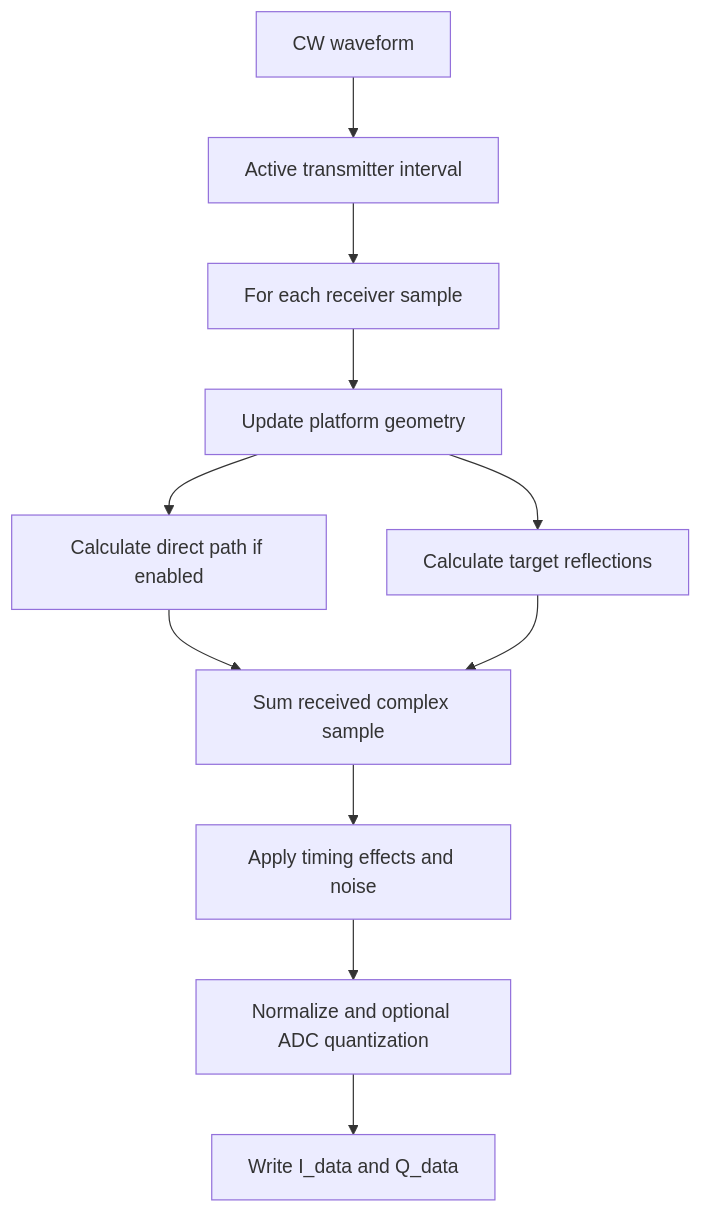
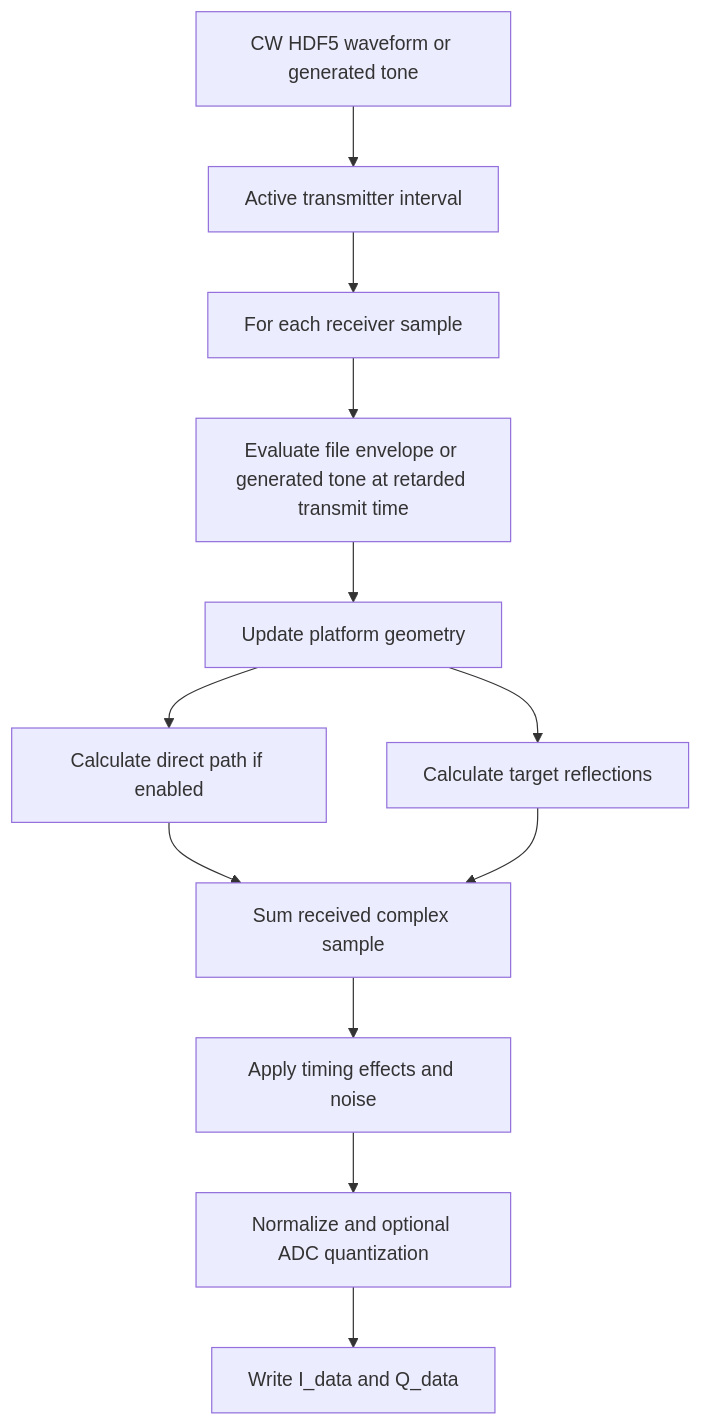
The seventh of 10 diagrams in docs/wiki/Simulation-Pipelines.md (davidbits/FERS), drawn with Mermaid before and after one commit. The commit also changed other lines of this file and 64 other files, not shown here.

````diff
--- a/docs/wiki/Simulation-Pipelines.md
+++ b/docs/wiki/Simulation-Pipelines.md
@@ -157,13 +159,14 @@
 ```mermaid
 flowchart TD
-    A[CW waveform] --> B[Active transmitter interval]
+    A[CW HDF5 waveform or generated tone] --> B[Active transmitter interval]
     B --> C[For each receiver sample]
-    C --> D[Update platform geometry]
-    D --> E[Calculate direct path if enabled]
-    D --> F[Calculate target reflections]
-    E --> G[Sum received complex sample]
-    F --> G
-    G --> H[Apply timing effects and noise]
-    H --> I[Normalize and optional ADC quantization]
-    I --> J[Write I_data and Q_data]
+    C --> D[Evaluate file envelope or generated tone at retarded transmit time]
+    D --> E[Update platform geometry]
+    E --> F[Calculate direct path if enabled]
+    E --> G[Calculate target reflections]
+    F --> H[Sum received complex sample]
+    G --> H
+    H --> I[Apply timing effects and noise]
+    I --> J[Normalize and optional ADC quantization]
+    J --> K[Write I_data and Q_data]
 ```
````
